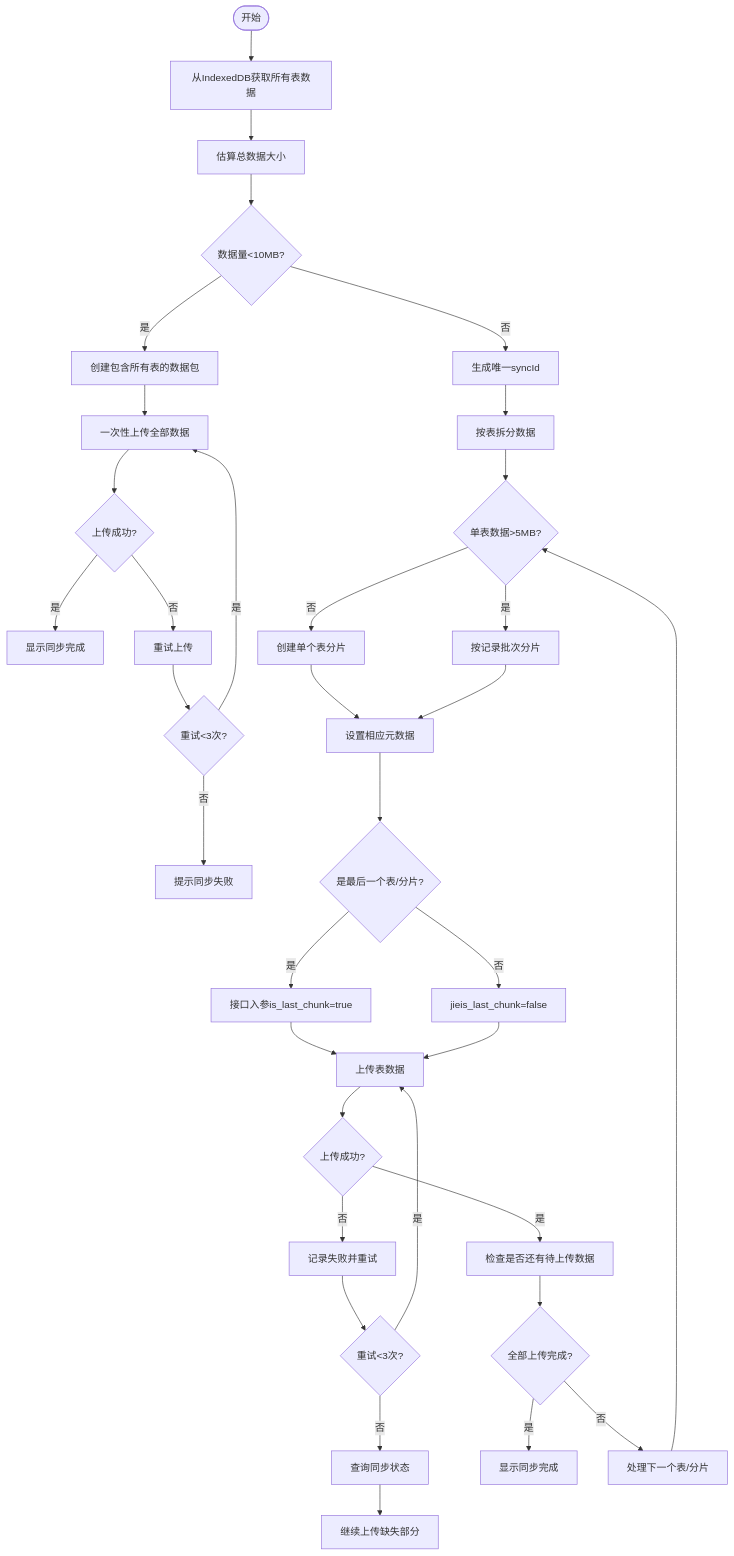
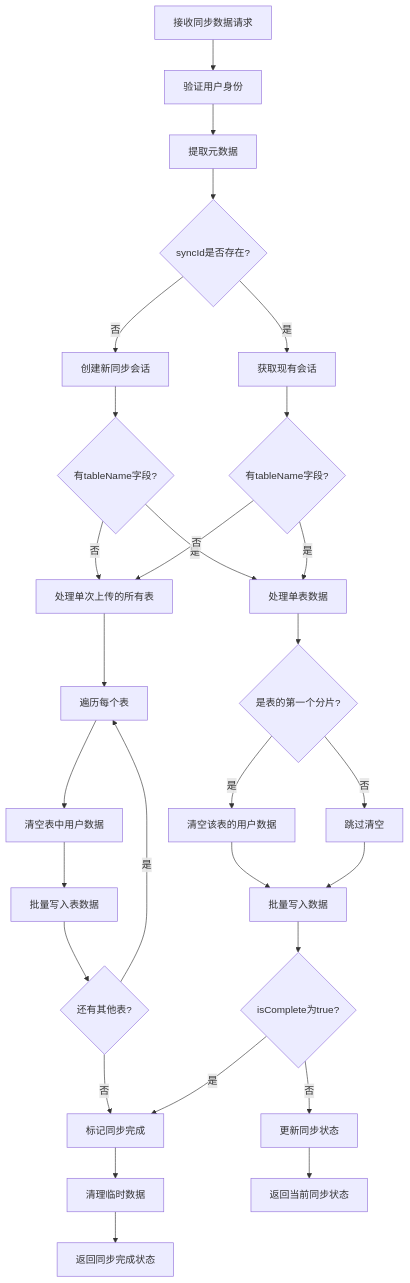
Before and after one commit to yingjianzh/iodraw-files: the diagram in all/未命名-62.md, drawn with Mermaid.

Commit message:
2025-05-16 14:43:25 update

````diff
--- a/all/未命名-62.md
+++ b/all/未命名-62.md
@@ -1,43 +1,43 @@
 ```mermaid
 
 flowchart TD
-    A([开始]) -->E[从IndexedDB获取所有表数据]
-    E --> F[估算总数据大小]
-    F --> G{数据量<10MB?}
+    A[接收同步数据请求] --> B[验证用户身份]
+    B --> C[提取元数据]
+    C --> D{syncId是否存在?}
     
-    %% 小数据量处理流程
-    G -->|是| H[创建包含所有表的数据包]
-    H --> J[一次性上传全部数据]
-    J --> K{上传成功?}
-    K -->|是| L[显示同步完成]
-    K -->|否| M[重试上传]
-    M --> N{重试<3次?}
-    N -->|是| J
-    N -->|否| O[提示同步失败]
+    %% 新同步会话
+    D -->|否| E[创建新同步会话]
+    E --> F{有tableName字段?}
     
-    %% 中大数据量处理流程
-    G -->|否| P[生成唯一syncId]
-    P --> Q[按表拆分数据]
-    Q --> R{单表数据>5MB?}
-    R -->|否| S[创建单个表分片]
-    R -->|是| T[按记录批次分片]
-    S --> U[设置相应元数据]
-    T --> U
-    U --> V{是最后一个表/分片?}
-    V -->|是| W[接口入参is_last_chunk=true]
-    V -->|否| X[jieis_last_chunk=false]
-    W --> Y[上传表数据]
-    X --> Y
-    Y --> Z{上传成功?}
-    Z -->|是| AA[检查是否还有待上传数据]
-    Z -->|否| AB[记录失败并重试]
-    AB --> AC{重试<3次?}
-    AC -->|是| Y
-    AC -->|否| AD[查询同步状态]
-    AD --> AE[继续上传缺失部分]
-    AA --> AF{全部上传完成?}
-    AF -->|是| AG[显示同步完成]
-    AF -->|否| AH[处理下一个表/分片]
-    AH --> R
+    %% 小数据量处理
+    F -->|否| G[处理单次上传的所有表]
+    G --> H[遍历每个表]
+    H --> I[清空表中用户数据]
+    I --> J[批量写入表数据]
+    J --> K{还有其他表?}
+    K -->|是| H
+    K -->|否| L[标记同步完成]
+    
+    %% 分表上传处理
+    F -->|是| M[处理单表数据]
+    M --> N{是表的第一个分片?}
+    N -->|是| O[清空该表的用户数据]
+    N -->|否| P[跳过清空]
+    O --> Q[批量写入数据]
+    P --> Q
+    
+    %% 现有同步会话
+    D -->|是| R[获取现有会话]
+    R --> S{有tableName字段?}
+    S -->|是| M
+    S -->|否| G
+    
+    %% 后续处理
+    Q --> T{isComplete为true?}
+    T -->|是| L
+    T -->|否| U[更新同步状态]
+    L --> V[清理临时数据]
+    V --> W[返回同步完成状态]
+    U --> X[返回当前同步状态]
 
 ```
````
